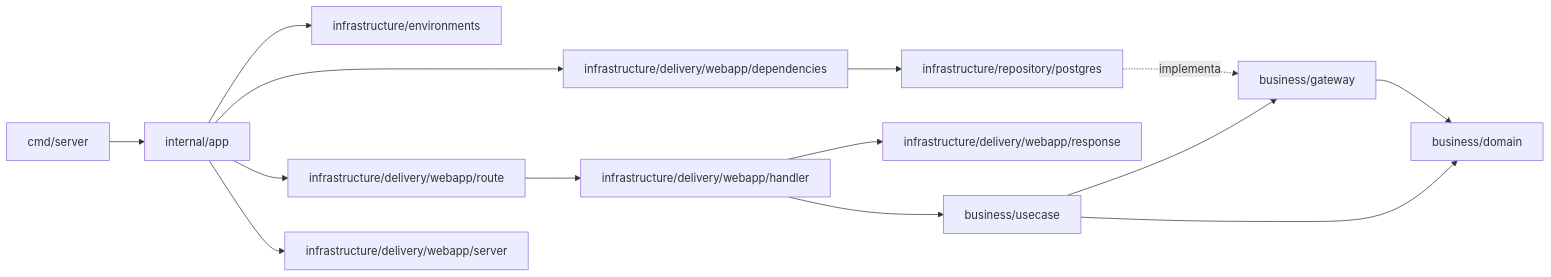
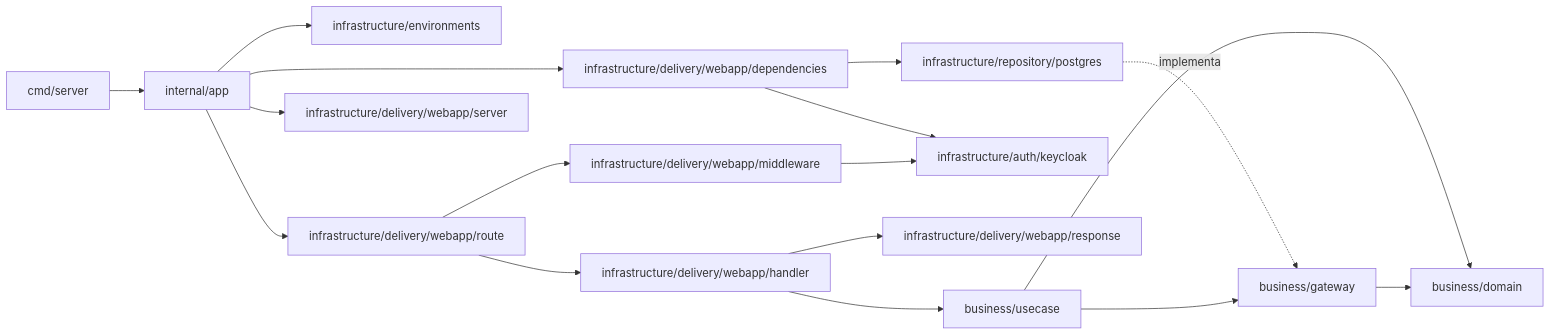
The second of 2 diagrams in docs/architecture.md (LoteoApp/LoteosAPP), drawn with Mermaid before and after one commit. The commit also changed other lines of this file and 11 other files, not shown here.

First line of the commit message:
feat: validate Keycloak JWT in backend middleware

````diff
--- a/docs/architecture.md
+++ b/docs/architecture.md
@@ -116,16 +127,19 @@
 ```mermaid
 flowchart LR
     main["cmd/server"] --> app["internal/app"]
     app --> environments["infrastructure/environments"]
     app --> deps["infrastructure/delivery/webapp/dependencies"]
     app --> route["infrastructure/delivery/webapp/route"]
     app --> server["infrastructure/delivery/webapp/server"]
     deps --> repo["infrastructure/repository/postgres"]
+    deps --> keycloak["infrastructure/auth/keycloak"]
     route --> handler["infrastructure/delivery/webapp/handler"]
+    route --> middleware["infrastructure/delivery/webapp/middleware"]
+    middleware --> keycloak
     handler --> response["infrastructure/delivery/webapp/response"]
     handler --> usecase["business/usecase"]
     repo -.implementa.-> gateway["business/gateway"]
     usecase --> gateway
     usecase --> domain["business/domain"]
     gateway --> domain
 ```
````
